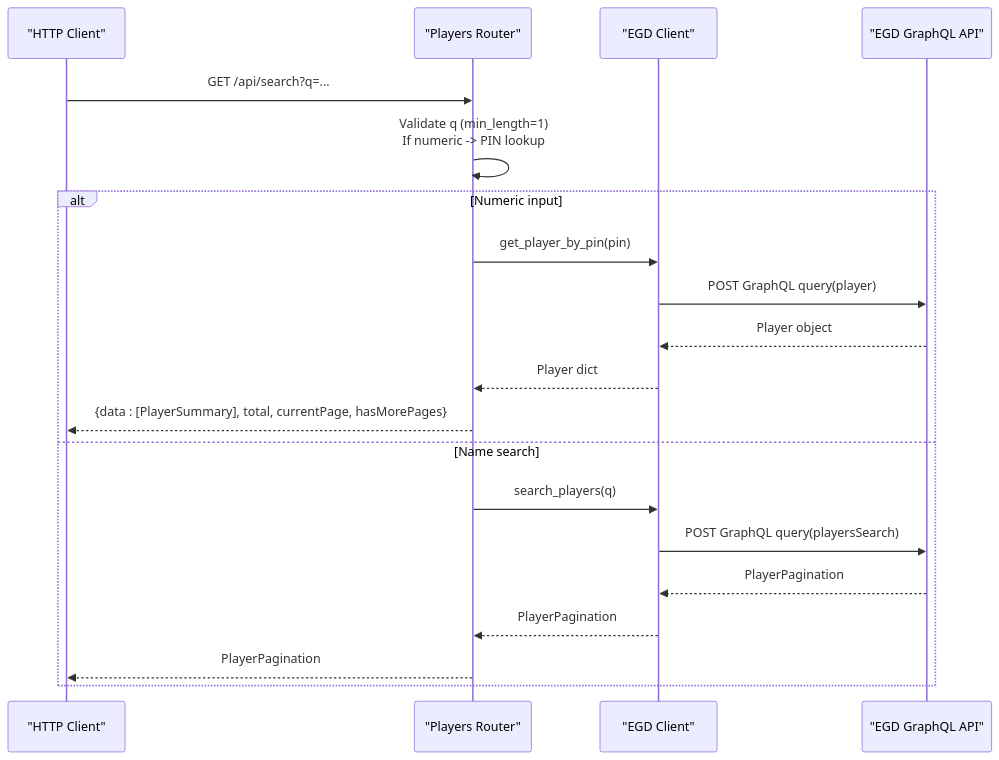
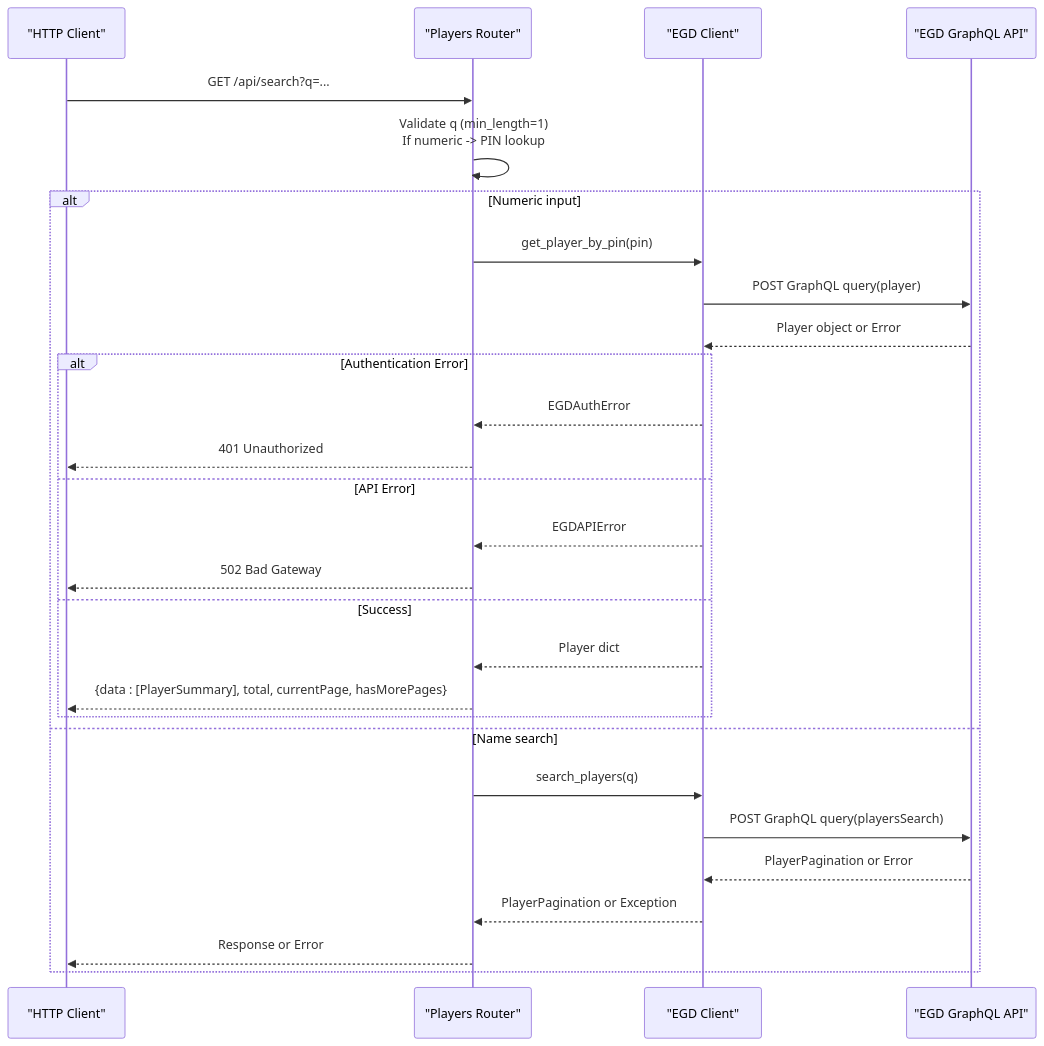
The second of 6 diagrams in .qoder/repowiki/en/content/Architecture Overview/Backend Architecture/Routing Layer Architecture/Players Router.md (Ragnar1999/GoNow), drawn with Mermaid before and after one commit. The commit also changed other lines of this file and 13 other files, not shown here.

````diff
--- a/.qoder/repowiki/en/content/Architecture Overview/Backend Architecture/Routing Layer Architecture/Players Router.md
+++ b/.qoder/repowiki/en/content/Architecture Overview/Backend Architecture/Routing Layer Architecture/Players Router.md
@@ -74,22 +82,30 @@
 ```mermaid
 sequenceDiagram
 participant Client as "HTTP Client"
 participant Router as "Players Router"
 participant ClientSvc as "EGD Client"
 participant EGD as "EGD GraphQL API"
 Client->>Router : GET /api/search?q=...
 Router->>Router : Validate q (min_length=1)<br/>If numeric -> PIN lookup
 alt Numeric input
 Router->>ClientSvc : get_player_by_pin(pin)
 ClientSvc->>EGD : POST GraphQL query(player)
-EGD-->>ClientSvc : Player object
+EGD-->>ClientSvc : Player object or Error
+alt Authentication Error
+ClientSvc-->>Router : EGDAuthError
+Router-->>Client : 401 Unauthorized
+else API Error
+ClientSvc-->>Router : EGDAPIError
+Router-->>Client : 502 Bad Gateway
+else Success
 ClientSvc-->>Router : Player dict
 Router-->>Client : {data : [PlayerSummary], total, currentPage, hasMorePages}
+end
 else Name search
 Router->>ClientSvc : search_players(q)
 ClientSvc->>EGD : POST GraphQL query(playersSearch)
-EGD-->>ClientSvc : PlayerPagination
-ClientSvc-->>Router : PlayerPagination
-Router-->>Client : PlayerPagination
+EGD-->>ClientSvc : PlayerPagination or Error
+ClientSvc-->>Router : PlayerPagination or Exception
+Router-->>Client : Response or Error
 end
 ```
````
